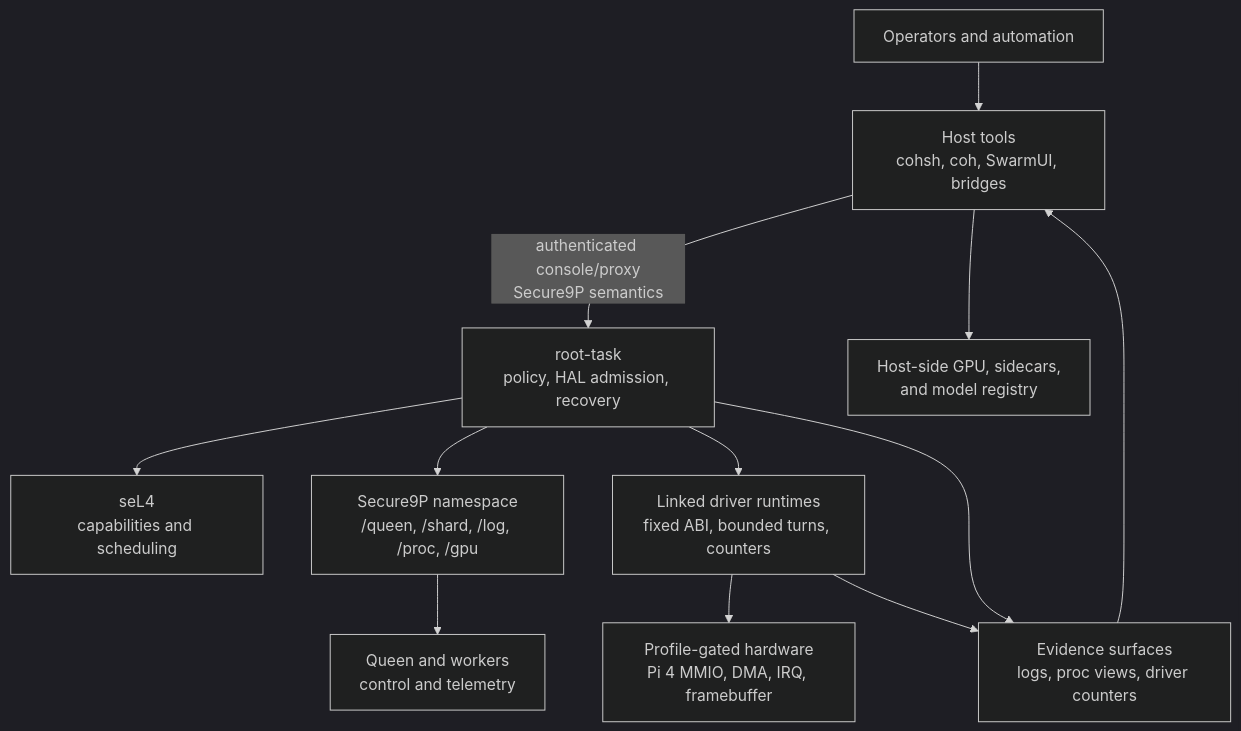
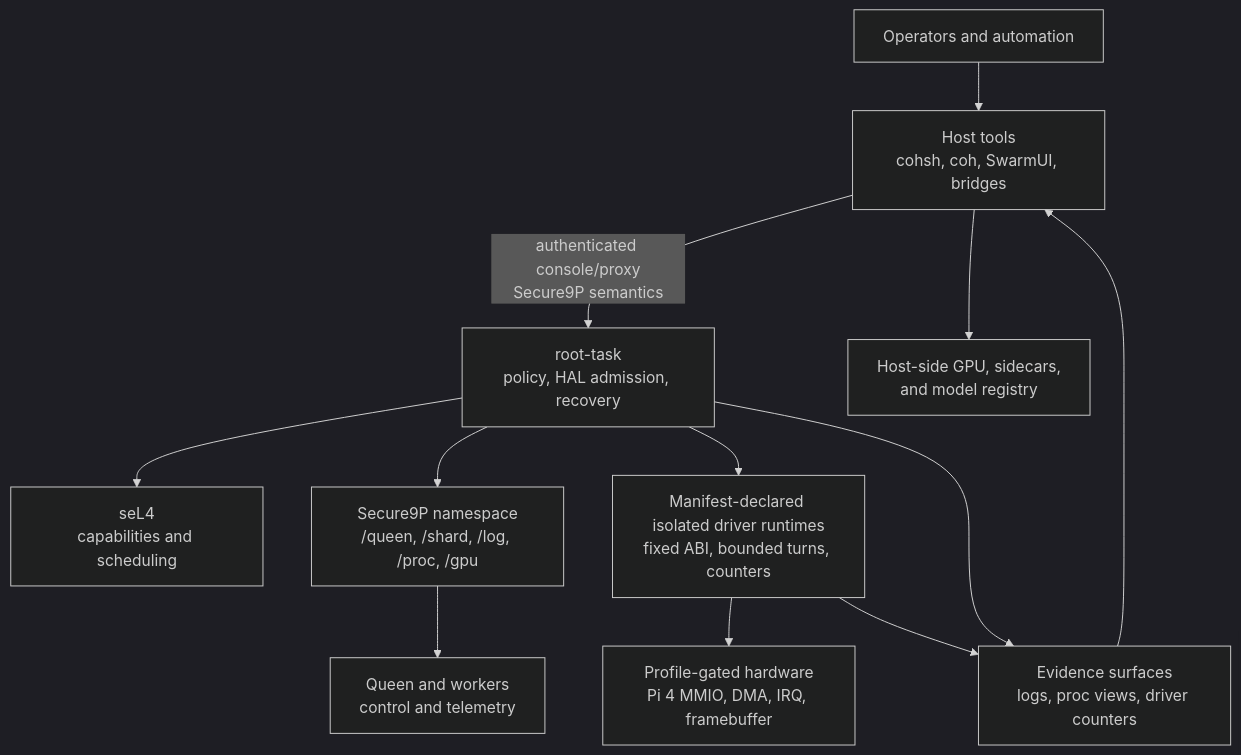
The diagram in README.md (lukeb-aidev/cohesix), drawn with Mermaid (dark theme) before and after one commit. The commit also changed other lines of this file and 24 other files, not shown here.

````diff
--- a/README.md
+++ b/README.md
@@ -56,14 +56,14 @@
 ```mermaid
 flowchart TB
   OP["Operators and automation"] --> HOST["Host tools\ncohsh, coh, SwarmUI, bridges"]
   HOST -->|"authenticated console/proxy\nSecure9P semantics"| ROOT["root-task\npolicy, HAL admission, recovery"]
   ROOT --> SEL4["seL4\ncapabilities and scheduling"]
   ROOT --> NS["Secure9P namespace\n/queen, /shard, /log, /proc, /gpu"]
   NS --> ROLES["Queen and workers\ncontrol and telemetry"]
-  ROOT --> DRIVERS["Linked driver runtimes\nfixed ABI, bounded turns, counters"]
+  ROOT --> DRIVERS["Manifest-declared isolated driver runtimes\nfixed ABI, bounded turns, counters"]
   DRIVERS --> BOARD["Profile-gated hardware\nPi 4 MMIO, DMA, IRQ, framebuffer"]
   ROOT --> EVIDENCE["Evidence surfaces\nlogs, proc views, driver counters"]
   DRIVERS --> EVIDENCE
   EVIDENCE --> HOST
   HOST --> EXT["Host-side GPU, sidecars,\nand model registry"]
 ```
````
